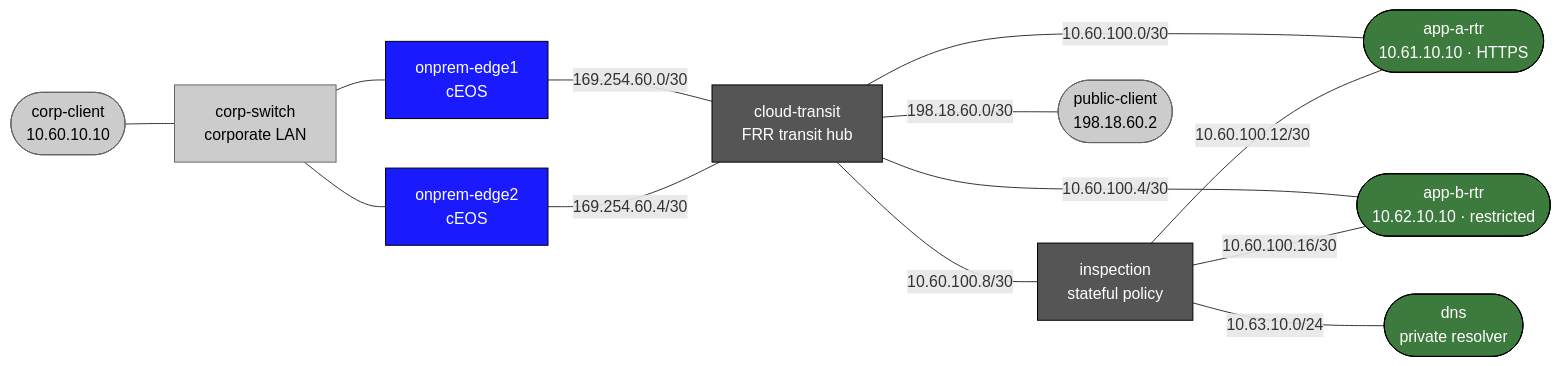
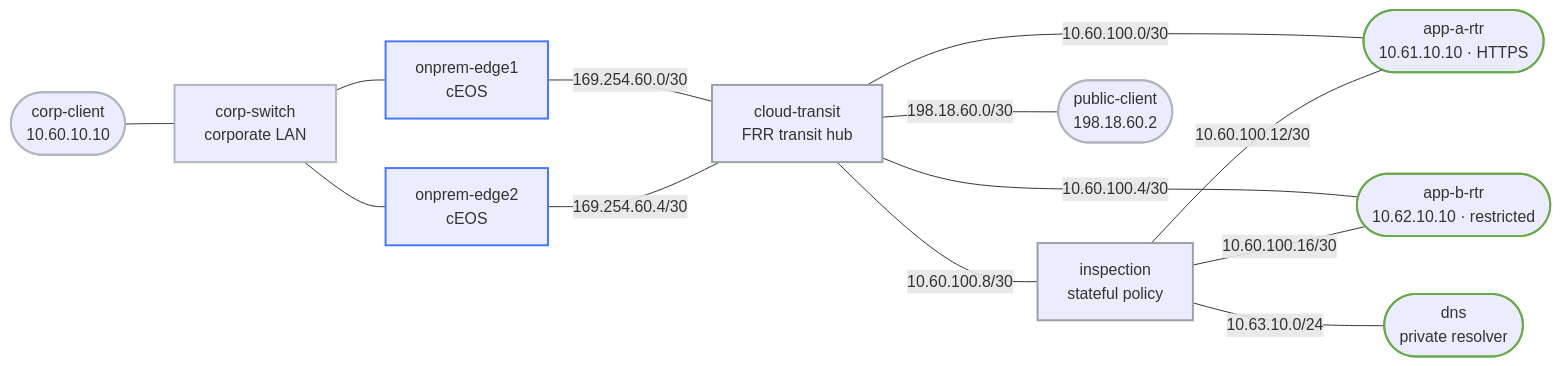
Before and after one commit to jschless/networkingLabs: the diagram in labs/cloud-hybrid-networking/README.md, drawn with Mermaid. The commit also changed 250 other files, not shown here.

Commit message:
Fix unreadable topology diagrams, convert ASCII art, publish assessments (#57)

````diff
--- a/labs/cloud-hybrid-networking/README.md
+++ b/labs/cloud-hybrid-networking/README.md
@@ -11,36 +11,36 @@
 ```mermaid
 flowchart LR
-    corp_client(["corp-client\n10.60.10.10"])
-    corp_switch["corp-switch\ncorporate LAN"]
-    edge1["onprem-edge1\ncEOS"]
-    edge2["onprem-edge2\ncEOS"]
-    transit["cloud-transit\nFRR transit hub"]
-    inspection["inspection\nstateful policy"]
-    app_a(["app-a-rtr\n10.61.10.10 · HTTPS"])
-    app_b(["app-b-rtr\n10.62.10.10 · restricted"])
-    dns(["dns\nprivate resolver"])
-    public_client(["public-client\n198.18.60.2"])
+    corp_client(["corp-client<br/>10.60.10.10"])
+    corp_switch["corp-switch<br/>corporate LAN"]
+    edge1["onprem-edge1<br/>cEOS"]
+    edge2["onprem-edge2<br/>cEOS"]
+    transit["cloud-transit<br/>FRR transit hub"]
+    inspection["inspection<br/>stateful policy"]
+    app_a(["app-a-rtr<br/>10.61.10.10 · HTTPS"])
+    app_b(["app-b-rtr<br/>10.62.10.10 · restricted"])
+    dns(["dns<br/>private resolver"])
+    public_client(["public-client<br/>198.18.60.2"])
 
     corp_client --- corp_switch
     corp_switch --- edge1
     corp_switch --- edge2
     edge1 -- "169.254.60.0/30" --- transit
     edge2 -- "169.254.60.4/30" --- transit
     transit -- "10.60.100.0/30" --- app_a
     transit -- "10.60.100.4/30" --- app_b
     transit -- "10.60.100.8/30" --- inspection
     inspection -- "10.60.100.12/30" --- app_a
     inspection -- "10.60.100.16/30" --- app_b
     inspection -- "10.63.10.0/24" --- dns
     transit -- "198.18.60.0/30" --- public_client
 
-    classDef edge fill:#1a1aff,color:#fff,stroke:#000
-    classDef service fill:#3d7a3d,color:#fff,stroke:#000
-    classDef transit fill:#555,color:#fff,stroke:#000
-    classDef client fill:#ccc,color:#000,stroke:#666
+    classDef edge stroke:#4778ff,stroke-width:2px
+    classDef service stroke:#6aa84f,stroke-width:2px
+    classDef transit stroke:#9aa0a6,stroke-width:2px
+    classDef client stroke:#b0b6bc,stroke-width:2px
 
     class edge1,edge2 edge
     class transit,inspection transit
     class app_a,app_b,dns service
     class corp_client,corp_switch,public_client client
 ```
````
